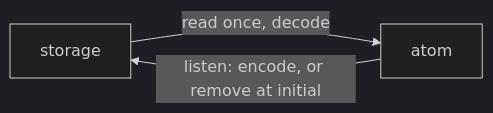
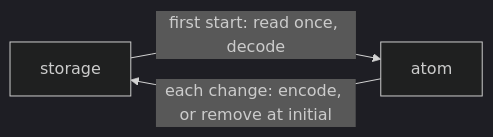
Before and after one commit to paritytech/dotli-community: the diagram in packages/stores-persistent/README.md, drawn with Mermaid (dark theme). The commit also changed other lines of this file and 34 other files, not shown here.

First line of the commit message:
refactor: persistent atoms read on first start, and protocol statuses are exposed atoms

````diff
--- a/packages/stores-persistent/README.md
+++ b/packages/stores-persistent/README.md
@@ -13,5 +13,5 @@
 ```mermaid
 flowchart LR
-  storage -- "read once, decode" --> atom
-  atom -- "listen: encode, or remove at initial" --> storage
+  storage -- "first start: read once, decode" --> atom
+  atom -- "each change: encode, or remove at initial" --> storage
 ```
````
